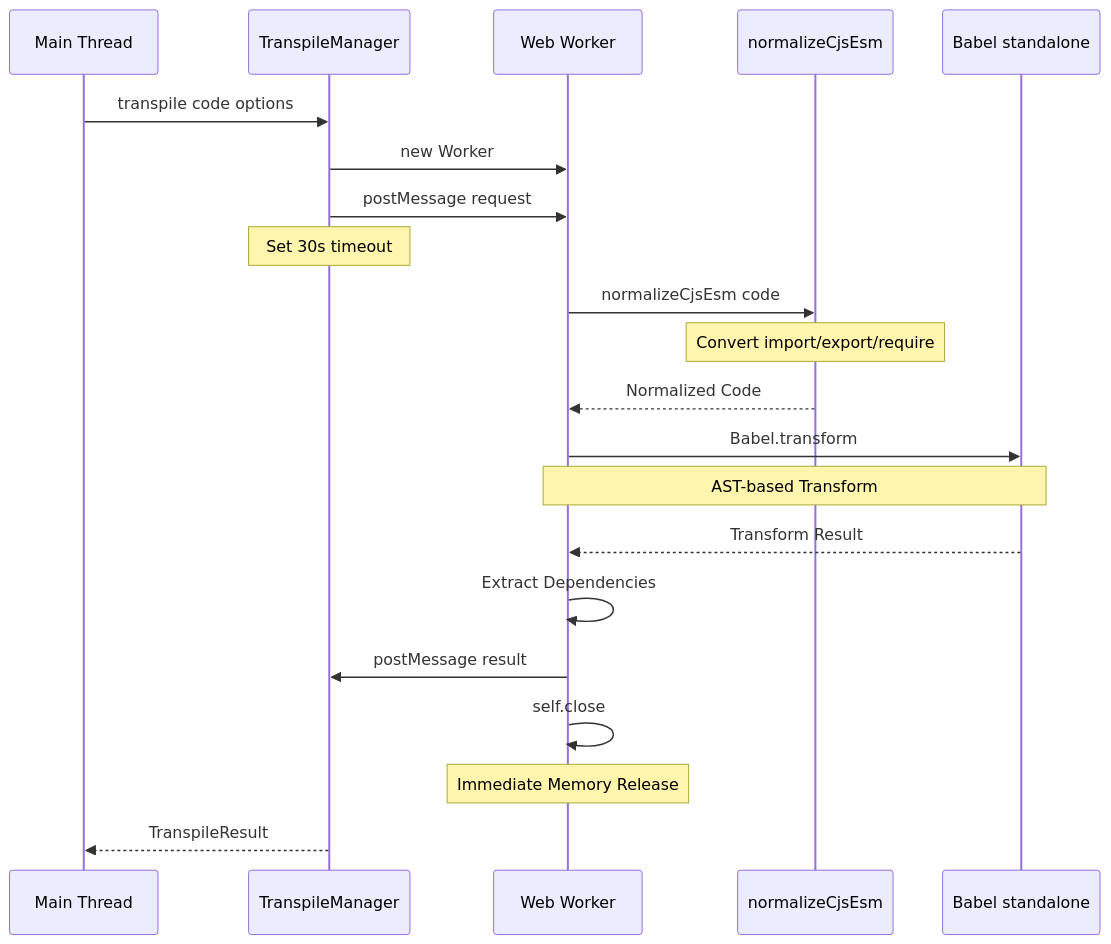
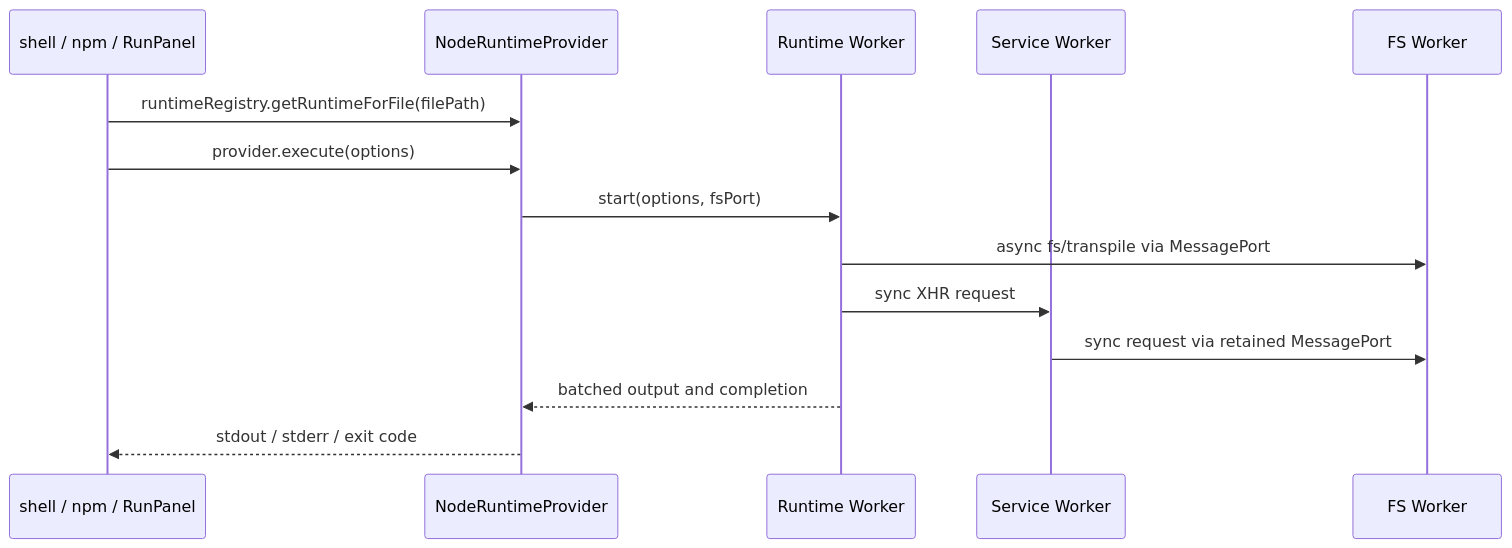
The diagram in docs/en/NODE-RUNTIME.md (Stasshe/Pyxis-CodeCanvas), drawn with Mermaid before and after one commit. The commit also changed other lines of this file and 330 other files, not shown here.

````diff
--- a/docs/en/NODE-RUNTIME.md
+++ b/docs/en/NODE-RUNTIME.md
@@ -324,30 +7,16 @@
 ```mermaid
 sequenceDiagram
-    participant Main as Main Thread
-    participant Manager as TranspileManager
-    participant Worker as Web Worker
-    participant Normalize as normalizeCjsEsm
-    participant Babel as Babel standalone
-    
-    Main->>Manager: transpile code options
-    Manager->>Worker: new Worker
-    
-    Manager->>Worker: postMessage request
-    Note over Manager: Set 30s timeout
-    
-    Worker->>Normalize: normalizeCjsEsm code
-    Note over Normalize: Convert import/export/require
-    Normalize-->>Worker: Normalized Code
-    
-    Worker->>Babel: Babel.transform
-    Note over Worker,Babel: AST-based Transform
-    
-    Babel-->>Worker: Transform Result
-    Worker->>Worker: Extract Dependencies
-    
-    Worker->>Manager: postMessage result
-    Worker->>Worker: self.close
-    Note over Worker: Immediate Memory Release
-    
-    Manager-->>Main: TranspileResult
+    participant Caller as shell / npm / RunPanel
+    participant Provider as NodeRuntimeProvider
+    participant RT as Runtime Worker
+    participant SW as Service Worker
+    participant FS as FS Worker
+    Caller->>Provider: runtimeRegistry.getRuntimeForFile(filePath)
+    Caller->>Provider: provider.execute(options)
+    Provider->>RT: start(options, fsPort)
+    RT->>FS: async fs/transpile via MessagePort
+    RT->>SW: sync XHR request
+    SW->>FS: sync request via retained MessagePort
+    RT-->>Provider: batched output and completion
+    Provider-->>Caller: stdout / stderr / exit code
 ```
````
